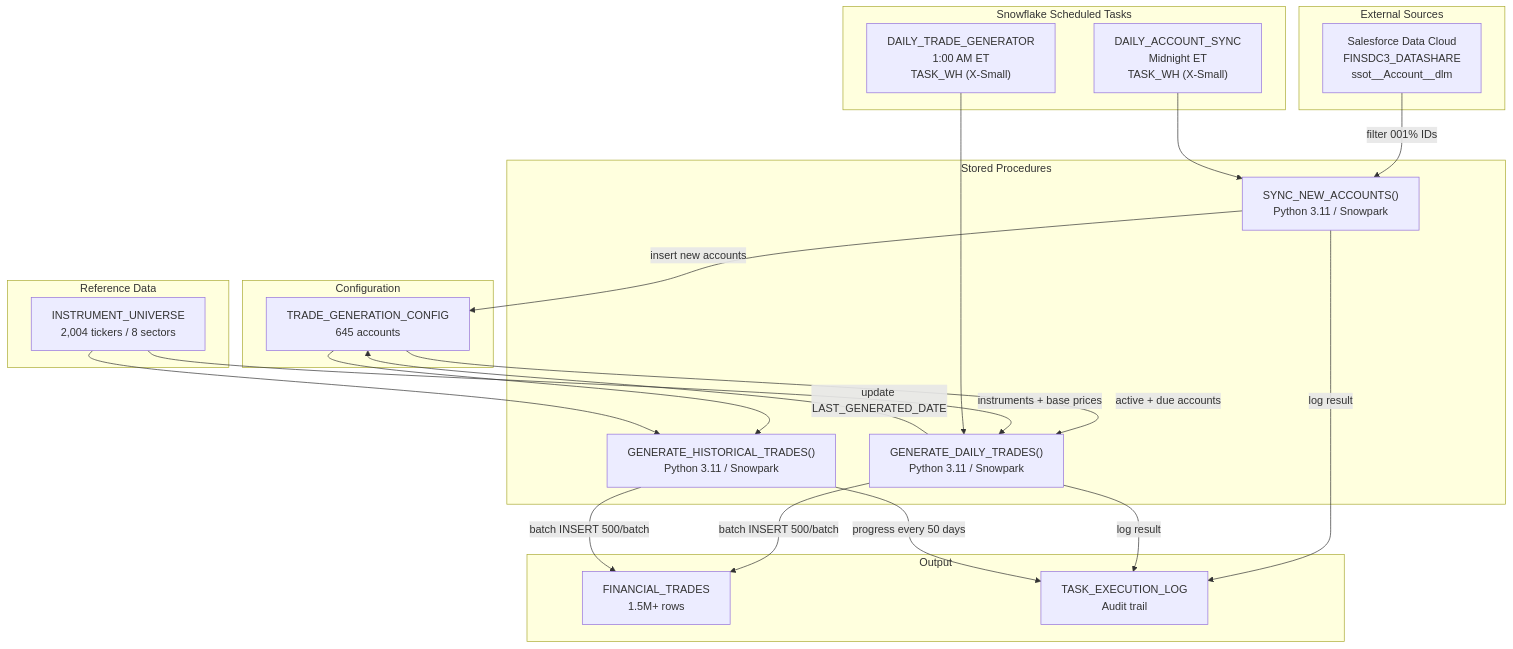
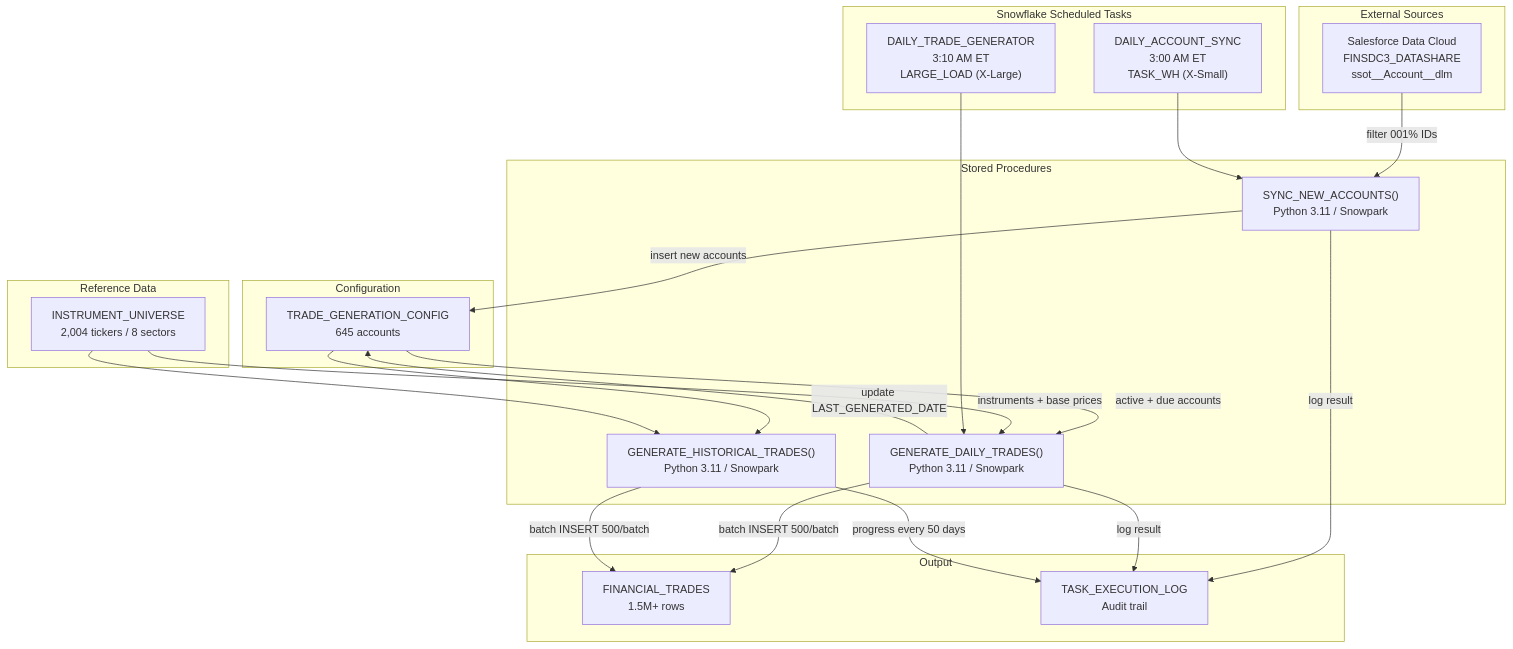
One commit to josers18/JDO changed the second of 3 diagrams in Financial_Trades_Generation/docs/architecture.md. Above: the diagram before and after it, drawn with Mermaid. The commit also changed other lines of this file and 7 other files, not shown here.

First line of the commit message:
fix(trades): sync task files and docs to the live 03:00/03:10 ET schedule

````diff
--- a/Financial_Trades_Generation/docs/architecture.md
+++ b/Financial_Trades_Generation/docs/architecture.md
@@ -61,47 +61,47 @@
 ```mermaid
 graph TB
     subgraph "External Sources"
         SF["Salesforce Data Cloud<br/>FINSDC3_DATASHARE<br/>ssot__Account__dlm"]
     end
 
     subgraph "Snowflake Scheduled Tasks"
-        T1["DAILY_ACCOUNT_SYNC<br/>Midnight ET<br/>TASK_WH (X-Small)"]
-        T2["DAILY_TRADE_GENERATOR<br/>1:00 AM ET<br/>TASK_WH (X-Small)"]
+        T1["DAILY_ACCOUNT_SYNC<br/>3:00 AM ET<br/>TASK_WH (X-Small)"]
+        T2["DAILY_TRADE_GENERATOR<br/>3:10 AM ET<br/>LARGE_LOAD (X-Large)"]
     end
 
     subgraph "Stored Procedures"
         P1["SYNC_NEW_ACCOUNTS()<br/>Python 3.11 / Snowpark"]
         P2["GENERATE_DAILY_TRADES()<br/>Python 3.11 / Snowpark"]
         P3["GENERATE_HISTORICAL_TRADES()<br/>Python 3.11 / Snowpark"]
     end
 
     subgraph "Reference Data"
         IU["INSTRUMENT_UNIVERSE<br/>2,004 tickers / 8 sectors"]
     end
 
     subgraph "Configuration"
         CFG["TRADE_GENERATION_CONFIG<br/>645 accounts"]
     end
 
     subgraph "Output"
         FT["FINANCIAL_TRADES<br/>1.5M+ rows"]
         LOG["TASK_EXECUTION_LOG<br/>Audit trail"]
     end
 
     SF -->|"filter 001% IDs"| P1
     T1 --> P1
     P1 -->|"insert new accounts"| CFG
     P1 -->|"log result"| LOG
 
     CFG -->|"active + due accounts"| P2
     IU -->|"instruments + base prices"| P2
     T2 --> P2
     P2 -->|"batch INSERT 500/batch"| FT
     P2 -->|"log result"| LOG
     P2 -->|"update LAST_GENERATED_DATE"| CFG
 
     CFG --> P3
     IU --> P3
     P3 -->|"batch INSERT 500/batch"| FT
     P3 -->|"progress every 50 days"| LOG
 ```
````
